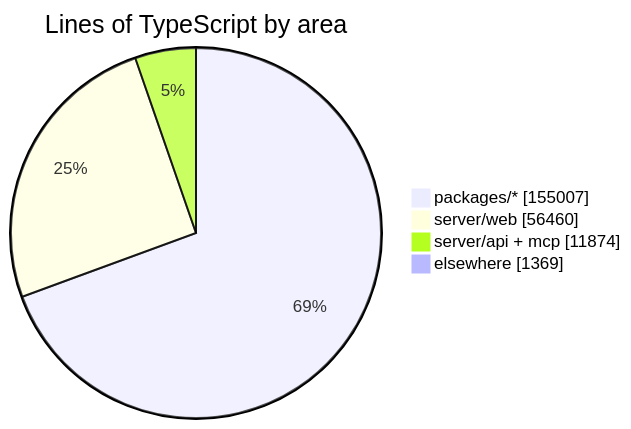
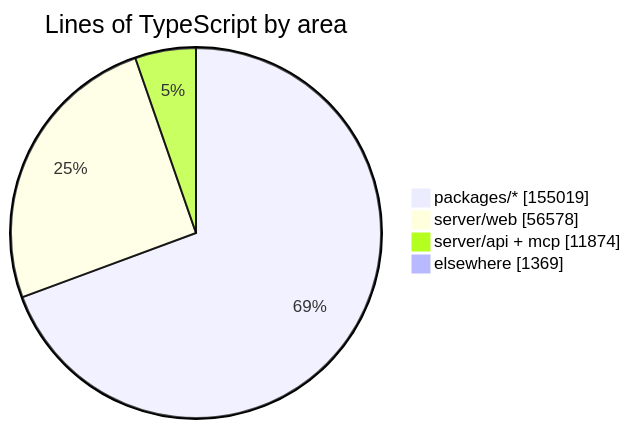
The diagram in README.md (crossworks-engineering/mantle), drawn with Mermaid before and after one commit. The commit also changed other lines of this file and 2 other files, not shown here.

````diff
--- a/README.md
+++ b/README.md
@@ -279,7 +279,7 @@
 ```mermaid
 pie showData title Lines of TypeScript by area
-    "packages/*" : 155007
-    "server/web" : 56460
+    "packages/*" : 155019
+    "server/web" : 56578
     "server/api + mcp" : 11874
     "elsewhere" : 1369
 ```
````
